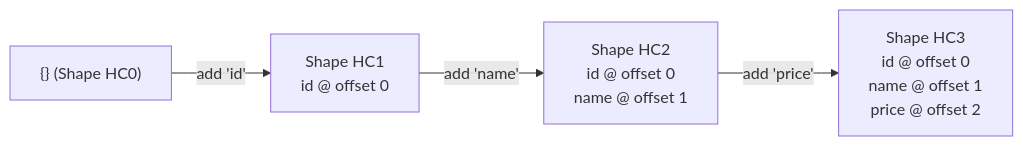
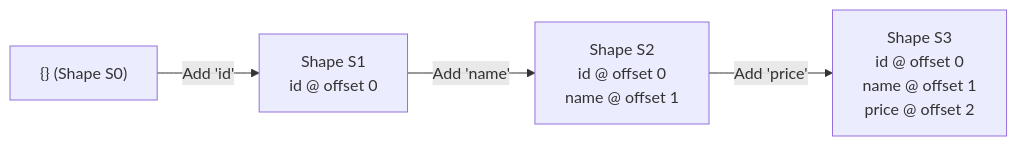
The second of 4 diagrams in js-internals/07-hidden-classes-and-shapes.md (Amie-dev/engineering-playbook), drawn with Mermaid before and after one commit. The commit also changed other lines of this file and 17 other files, not shown here.

````diff
--- a/js-internals/07-hidden-classes-and-shapes.md
+++ b/js-internals/07-hidden-classes-and-shapes.md
@@ -11,6 +36,6 @@
 ```mermaid
 flowchart LR
-    EmptyObj["{} (Shape HC0)"] -->|add 'id'| HC1["Shape HC1<br/>id @ offset 0"]
-    HC1 -->|add 'name'| HC2["Shape HC2<br/>id @ offset 0<br/>name @ offset 1"]
-    HC2 -->|add 'price'| HC3["Shape HC3<br/>id @ offset 0<br/>name @ offset 1<br/>price @ offset 2"]
+    EmptyObj["{} (Shape S0)"] -->|Add 'id'| S1["Shape S1<br/>id @ offset 0"]
+    S1 -->|Add 'name'| S2["Shape S2<br/>id @ offset 0<br/>name @ offset 1"]
+    S2 -->|Add 'price'| S3["Shape S3<br/>id @ offset 0<br/>name @ offset 1<br/>price @ offset 2"]
 ```
````
